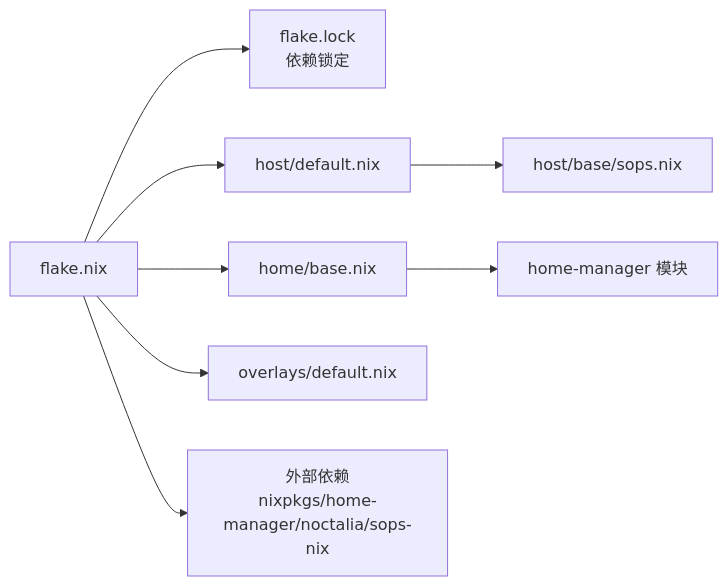
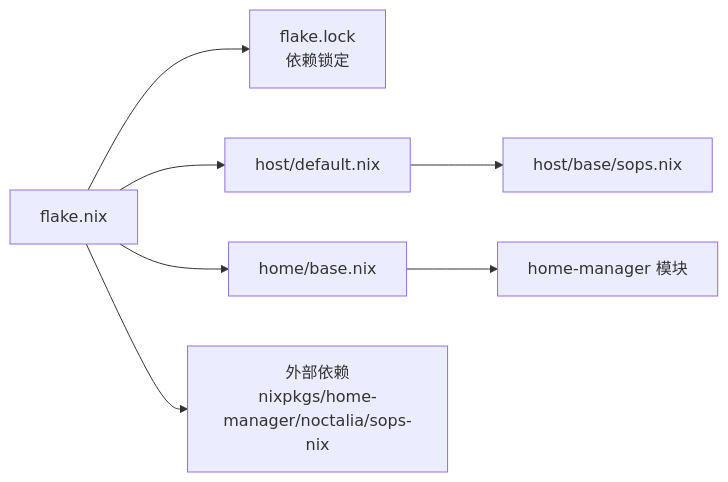
Before and after one commit to Shangshui0302/myNixOSConfig: the second of 3 diagrams in wiki/architecture/flake.md, drawn with Mermaid. The commit also changed other lines of this file and 77 other files, not shown here.

````diff
--- a/wiki/architecture/flake.md
+++ b/wiki/architecture/flake.md
@@ -65,10 +65,9 @@
 ```mermaid
 graph LR
 Root["flake.nix"] --> Lock["flake.lock<br/>依赖锁定"]
 Root --> Host["host/default.nix"]
 Root --> Home["home/base.nix"]
-Root --> Overlays["overlays/default.nix"]
 Host --> SOPS["host/base/sops.nix"]
 Home --> HM["home-manager 模块"]
 Root --> Ext["外部依赖<br/>nixpkgs/home-manager/noctalia/sops-nix"]
 ```
````
